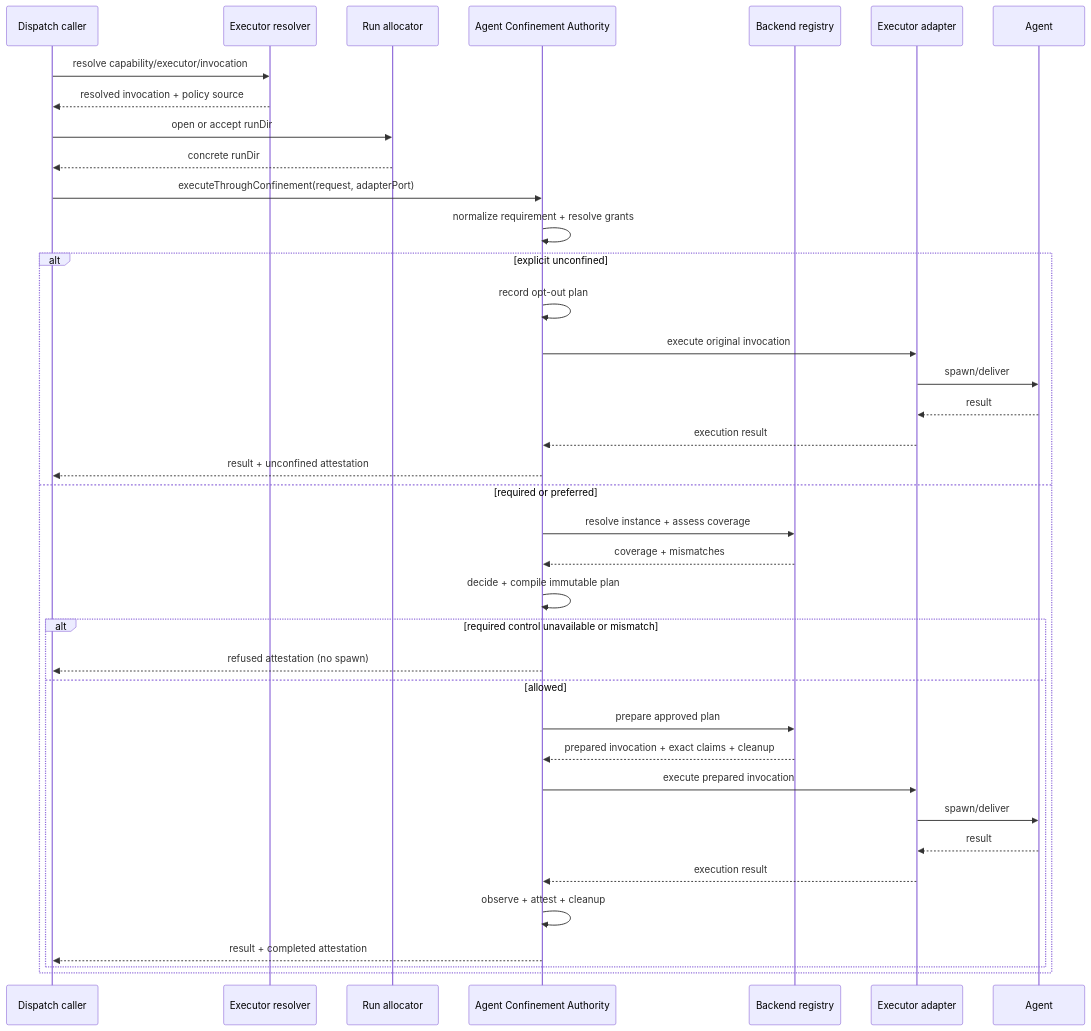
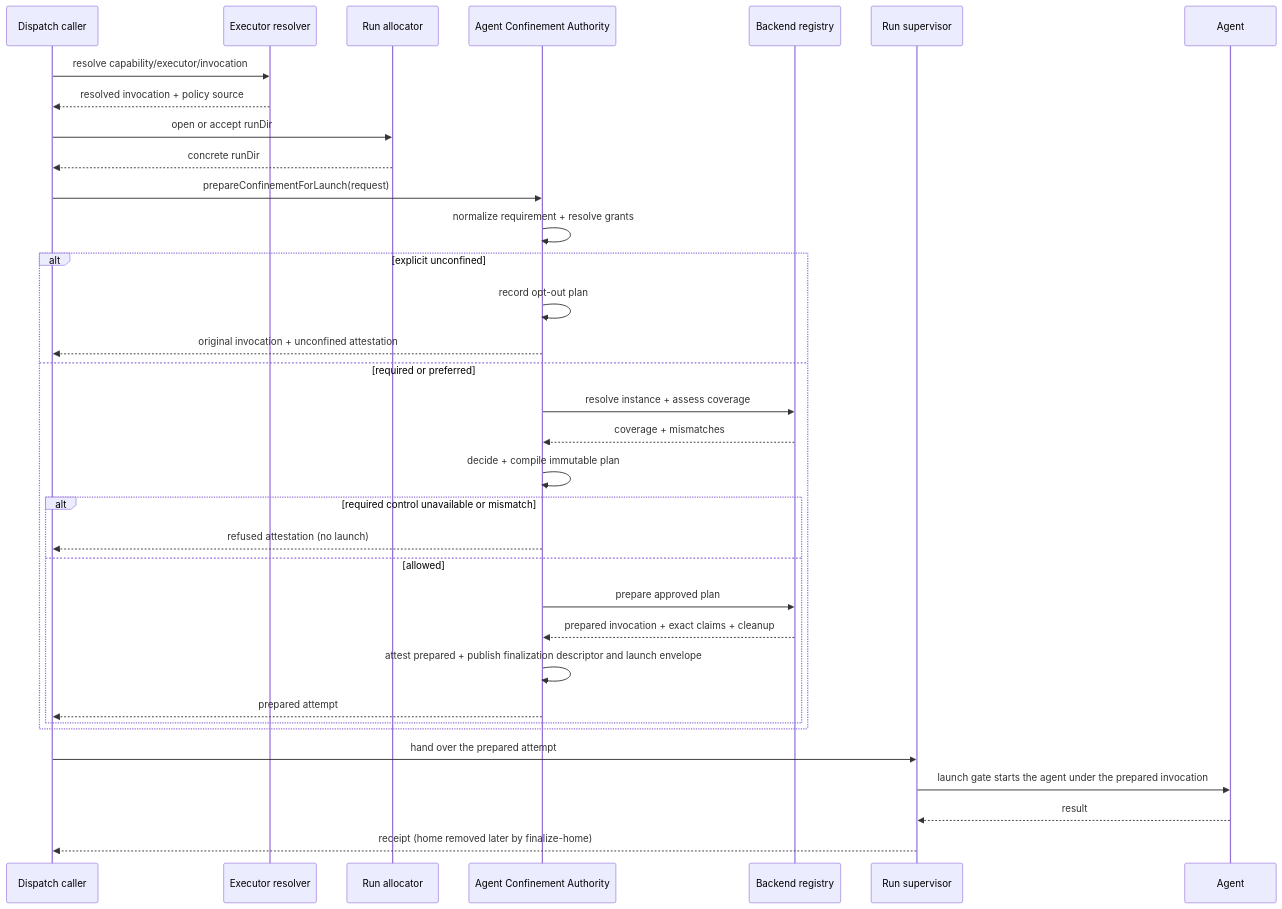
One commit to vantt/forgent changed the diagram in docs/platform/agent-confinement/spec.md. Above: the diagram before and after it, drawn with Mermaid. The commit also changed other lines of this file and 20 other files, not shown here.

First line of the commit message:
docs(execution-core): describe the single launch door, the host-held credential write-back target and the removed shadow binder

````diff
--- a/docs/platform/agent-confinement/spec.md
+++ b/docs/platform/agent-confinement/spec.md
@@ -235,41 +237,37 @@
 ```mermaid
 sequenceDiagram
     participant C as Dispatch caller
     participant R as Executor resolver
     participant D as Run allocator
     participant A as Agent Confinement Authority
     participant B as Backend registry
-    participant X as Executor adapter
+    participant S as Run supervisor
     participant G as Agent
 
     C->>R: resolve capability/executor/invocation
     R-->>C: resolved invocation + policy source
     C->>D: open or accept runDir
     D-->>C: concrete runDir
-    C->>A: executeThroughConfinement(request, adapterPort)
+    C->>A: prepareConfinementForLaunch(request)
     A->>A: normalize requirement + resolve grants
     alt explicit unconfined
         A->>A: record opt-out plan
-        A->>X: execute original invocation
-        X->>G: spawn/deliver
-        G-->>X: result
-        X-->>A: execution result
-        A-->>C: result + unconfined attestation
+        A-->>C: original invocation + unconfined attestation
     else required or preferred
         A->>B: resolve instance + assess coverage
         B-->>A: coverage + mismatches
         A->>A: decide + compile immutable plan
         alt required control unavailable or mismatch
-            A-->>C: refused attestation (no spawn)
+            A-->>C: refused attestation (no launch)
         else allowed
             A->>B: prepare approved plan
             B-->>A: prepared invocation + exact claims + cleanup
-            A->>X: execute prepared invocation
-            X->>G: spawn/deliver
-            G-->>X: result
-            X-->>A: execution result
-            A->>A: observe + attest + cleanup
-            A-->>C: result + completed attestation
+            A->>A: attest prepared + publish finalization descriptor and launch envelope
+            A-->>C: prepared attempt
         end
     end
+    C->>S: hand over the prepared attempt
+    S->>G: launch gate starts the agent under the prepared invocation
+    G-->>S: result
+    S-->>C: receipt (home removed later by finalize-home)
 ```
````
